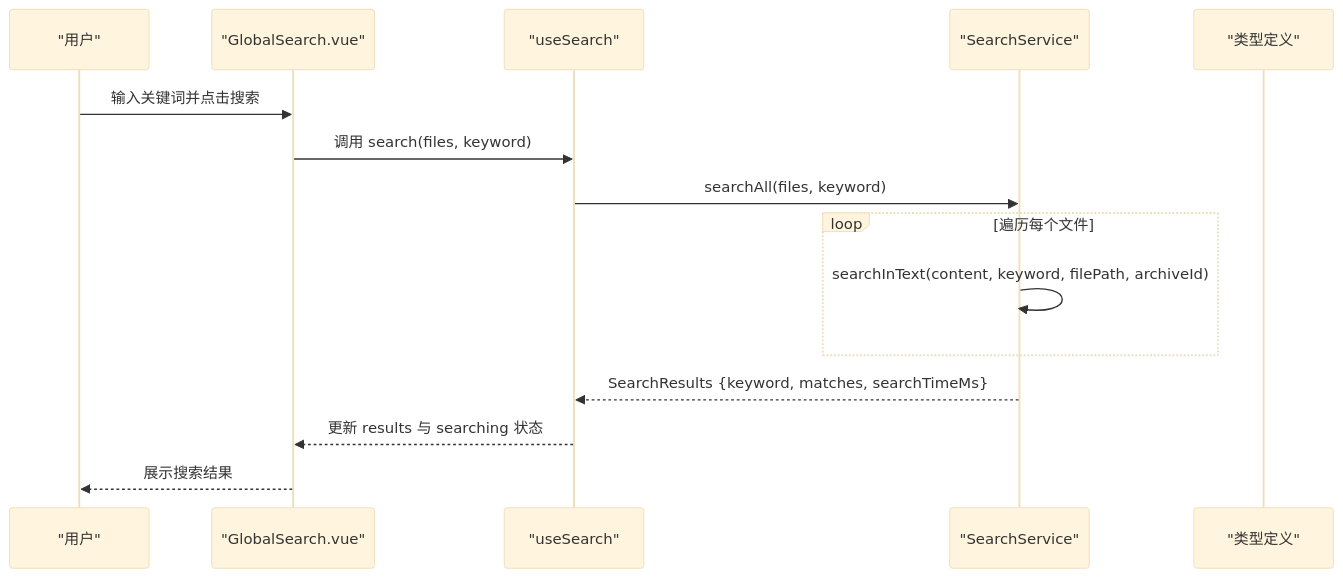
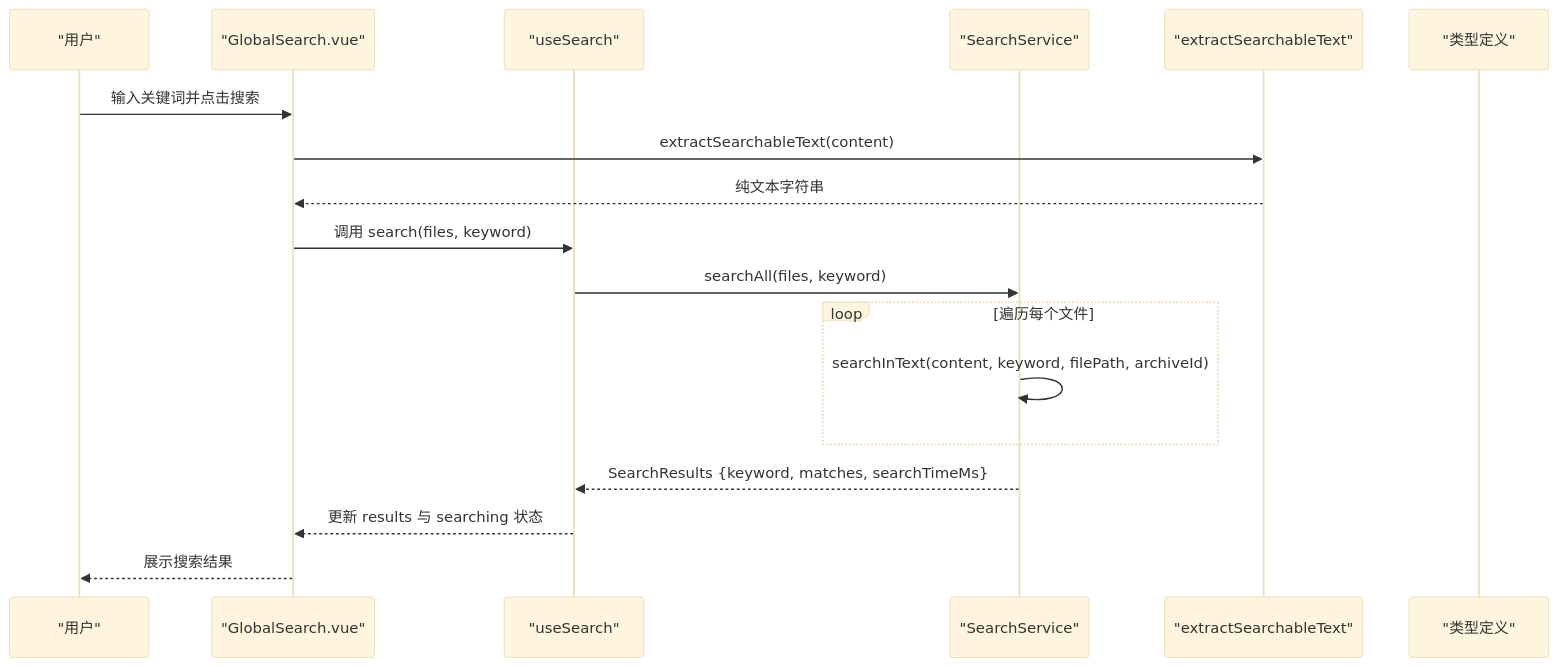
Before and after one commit to taoweidong/Hello-Tauri: the second of 6 diagrams in .qoder/repowiki/zh/content/核心模块/搜索服务.md, drawn with Mermaid (base theme). The commit also changed other lines of this file and 8 other files, not shown here.

````diff
--- a/.qoder/repowiki/zh/content/核心模块/搜索服务.md
+++ b/.qoder/repowiki/zh/content/核心模块/搜索服务.md
@@ -87,17 +95,20 @@
 ```mermaid
 sequenceDiagram
 participant U as "用户"
 participant UI as "GlobalSearch.vue"
 participant Hook as "useSearch"
 participant Svc as "SearchService"
+participant Ext as "extractSearchableText"
 participant T as "类型定义"
 U->>UI : 输入关键词并点击搜索
+UI->>Ext : extractSearchableText(content)
+Ext-->>UI : 纯文本字符串
 UI->>Hook : 调用 search(files, keyword)
 Hook->>Svc : searchAll(files, keyword)
 loop 遍历每个文件
 Svc->>Svc : searchInText(content, keyword, filePath, archiveId)
 end
 Svc-->>Hook : SearchResults {keyword, matches, searchTimeMs}
 Hook-->>UI : 更新 results 与 searching 状态
 UI-->>U : 展示搜索结果
 ```
````
